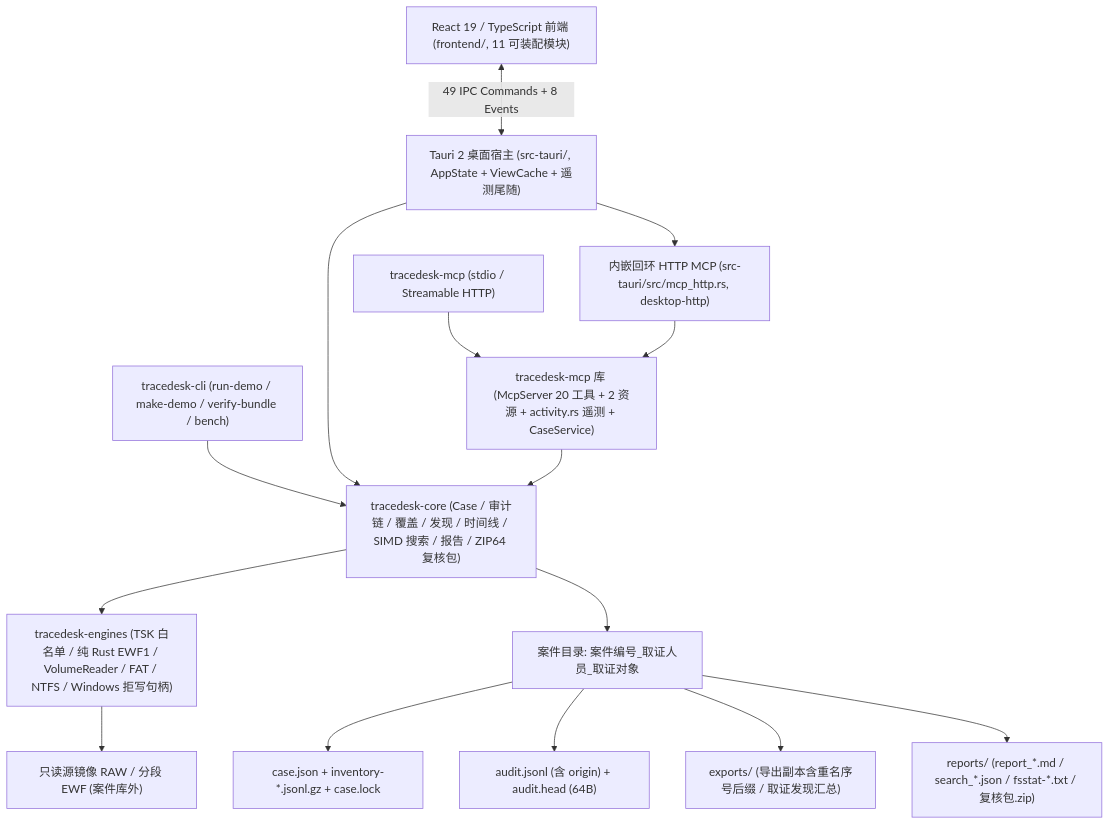
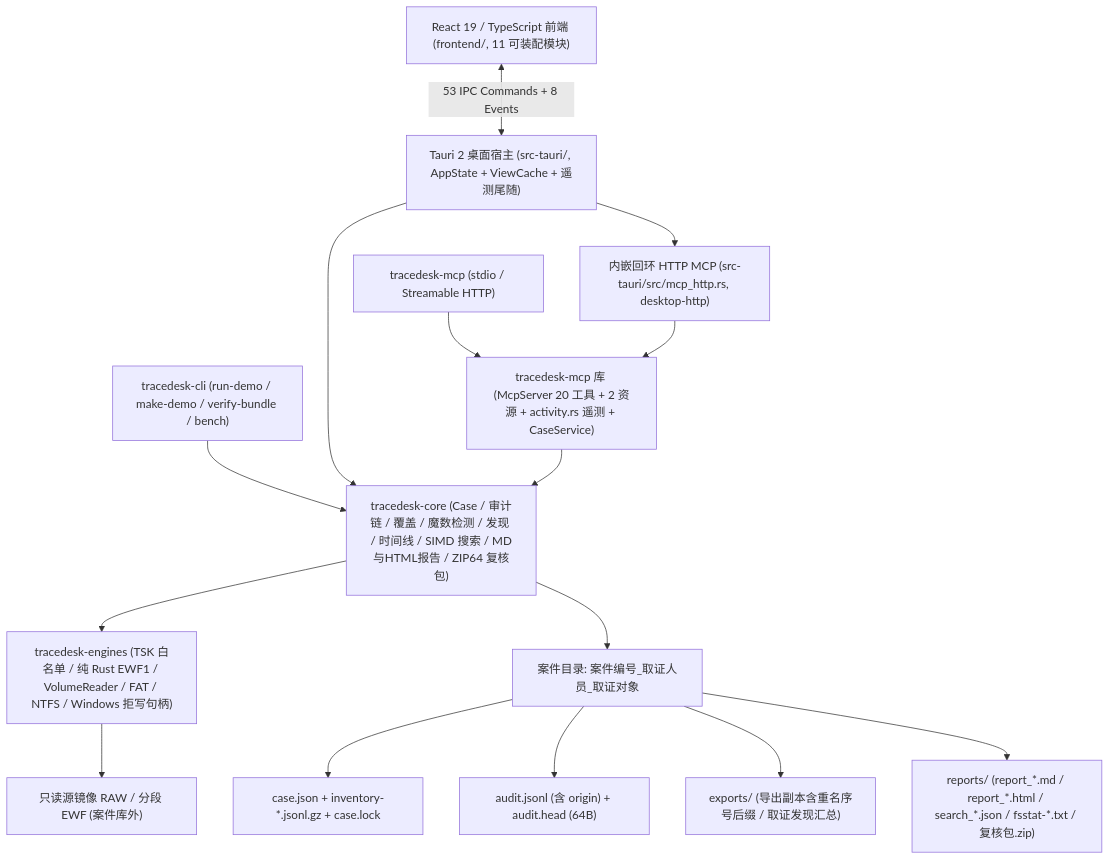
One commit to CYMR-1/TraceDesk changed the diagram in docs/设计与验收说明.md. Above: the diagram before and after it, drawn with Mermaid. The commit also changed other lines of this file and 29 other files, not shown here.

````diff
--- a/docs/设计与验收说明.md
+++ b/docs/设计与验收说明.md
@@ -30,19 +30,19 @@
 ```mermaid
 flowchart TD
-    UI["React 19 / TypeScript 前端 (frontend/, 11 可装配模块)"] <-->|"49 IPC Commands + 8 Events"| TAURI["Tauri 2 桌面宿主 (src-tauri/, AppState + ViewCache + 遥测尾随)"]
+    UI["React 19 / TypeScript 前端 (frontend/, 11 可装配模块)"] <-->|"53 IPC Commands + 8 Events"| TAURI["Tauri 2 桌面宿主 (src-tauri/, AppState + ViewCache + 遥测尾随)"]
     TAURI --> EMB["内嵌回环 HTTP MCP (src-tauri/src/mcp_http.rs, desktop-http)"]
     CLI["tracedesk-cli (run-demo / make-demo / verify-bundle / bench)"] --> CORE
     MCPBIN["tracedesk-mcp (stdio / Streamable HTTP)"] --> MCPLIB["tracedesk-mcp 库 (McpServer 20 工具 + 2 资源 + activity.rs 遥测 + CaseService)"]
     EMB --> MCPLIB
 
-    TAURI --> CORE["tracedesk-core (Case / 审计链 / 覆盖 / 发现 / 时间线 / SIMD 搜索 / 报告 / ZIP64 复核包)"]
+    TAURI --> CORE["tracedesk-core (Case / 审计链 / 覆盖 / 魔数检测 / 发现 / 时间线 / SIMD 搜索 / MD与HTML报告 / ZIP64 复核包)"]
     MCPLIB --> CORE
     CORE --> ENG["tracedesk-engines (TSK 白名单 / 纯 Rust EWF1 / VolumeReader / FAT / NTFS / Windows 拒写句柄)"]
     ENG --> IMG["只读源镜像 RAW / 分段 EWF (案件库外)"]
 
     CORE --> CASE["案件目录: 案件编号_取证人员_取证对象"]
     CASE --> META["case.json + inventory-*.jsonl.gz + case.lock"]
     CASE --> AUD["audit.jsonl (含 origin) + audit.head (64B)"]
     CASE --> EXP["exports/ (导出副本含重名序号后缀 / 取证发现汇总)"]
-    CASE --> REP["reports/ (report_*.md / search_*.json / fsstat-*.txt / 复核包.zip)"]
+    CASE --> REP["reports/ (report_*.md / report_*.html / search_*.json / fsstat-*.txt / 复核包.zip)"]
 ```
````
